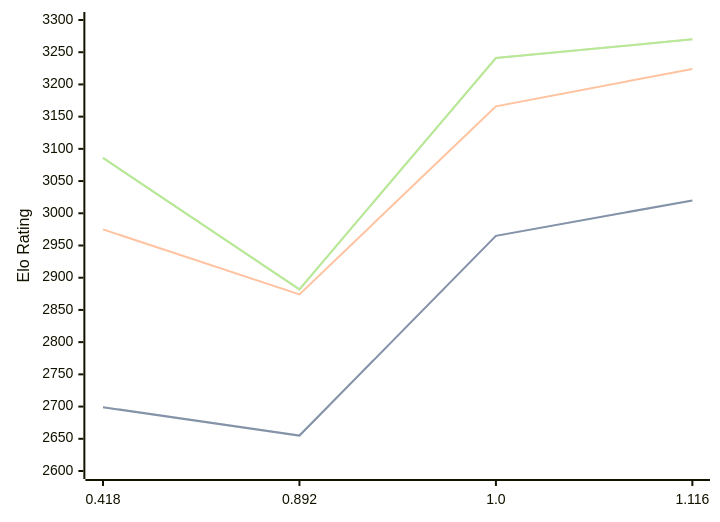
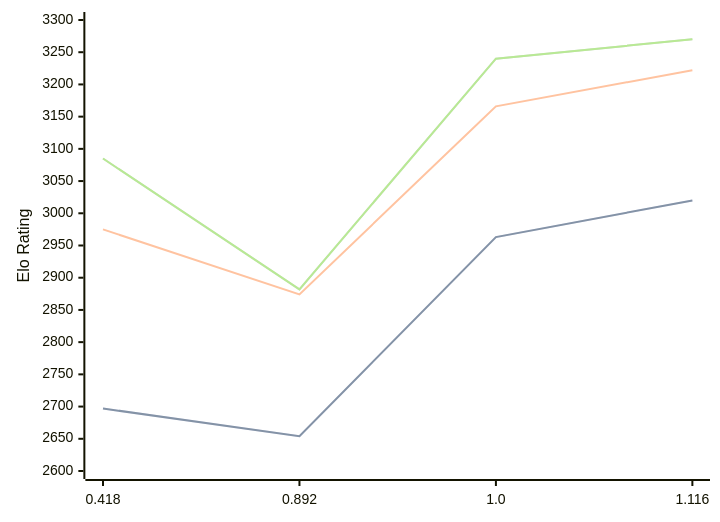
Before and after one commit to computer-chess-index/cci: the diagram in engines/Malika.md, drawn with Mermaid. The commit also changed other lines of this file, not shown here.

Commit message:
Update CCI Ratings (ELO VLTC) - 2026-06-10

````diff
--- a/engines/Malika.md
+++ b/engines/Malika.md
@@ -34,11 +34,11 @@
 ```mermaid
 %%{init: {"theme":"base","themeVariables":{"seriesColors:['#a3a3a3','#222221','#faa371']}}}%%
 xychart-beta
   x-axis ["0.418", "0.892", "1.0", "1.116"]
   y-axis "Elo Rating" 2600 --> 3300
-  line "STC (8.0+0.08s)" [2699, 2655, 2965, 3020]
-  line "STC (8.0+0.08s)" [2699, 2655, 2965, 3020]
-  line "LTC (60.0+0.60s)" [2975, 2874, 3166, 3224]
-  line "VLTC (2m24s+1.12s)" [3086, 2882, 3241, 3270]
-  line "VLTC (2m24s+1.12s)" [3086, 2882, 3241, 3270]
+  line "STC (8.0+0.08s)" [2697, 2654, 2963, 3020]
+  line "STC (8.0+0.08s)" [2697, 2654, 2963, 3020]
+  line "LTC (60.0+0.60s)" [2975, 2874, 3166, 3222]
+  line "VLTC (2m24s+1.12s)" [3085, 2882, 3240, 3270]
+  line "VLTC (2m24s+1.12s)" [3085, 2882, 3240, 3270]
 ```
````
